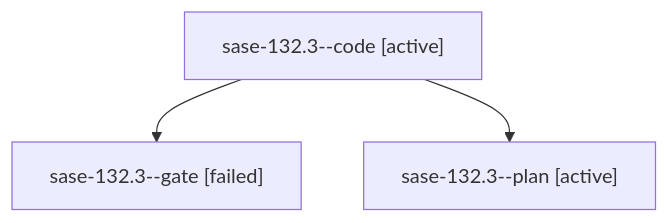
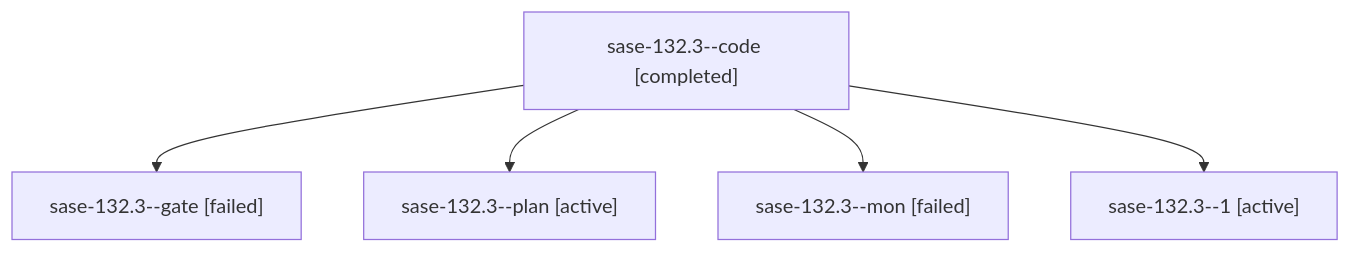
One commit to sase-org/sase--agents changed the diagram in families/bbugyi200.athena.sase-132.3.md. Above: the diagram before and after it, drawn with Mermaid. The commit also changed other lines of this file and 35830 other files, not shown here.

````diff
--- a/families/bbugyi200.athena.sase-132.3.md
+++ b/families/bbugyi200.athena.sase-132.3.md
@@ -9,8 +9,12 @@
 ```mermaid
 flowchart TD
-  n0["sase-132.3--code [active]"]
+  n0["sase-132.3--code [completed]"]
   n1["sase-132.3--gate [failed]"]
   n0 --> n1
   n2["sase-132.3--plan [active]"]
   n0 --> n2
+  n3["sase-132.3--mon [failed]"]
+  n0 --> n3
+  n4["sase-132.3--1 [active]"]
+  n0 --> n4
 ```
````
